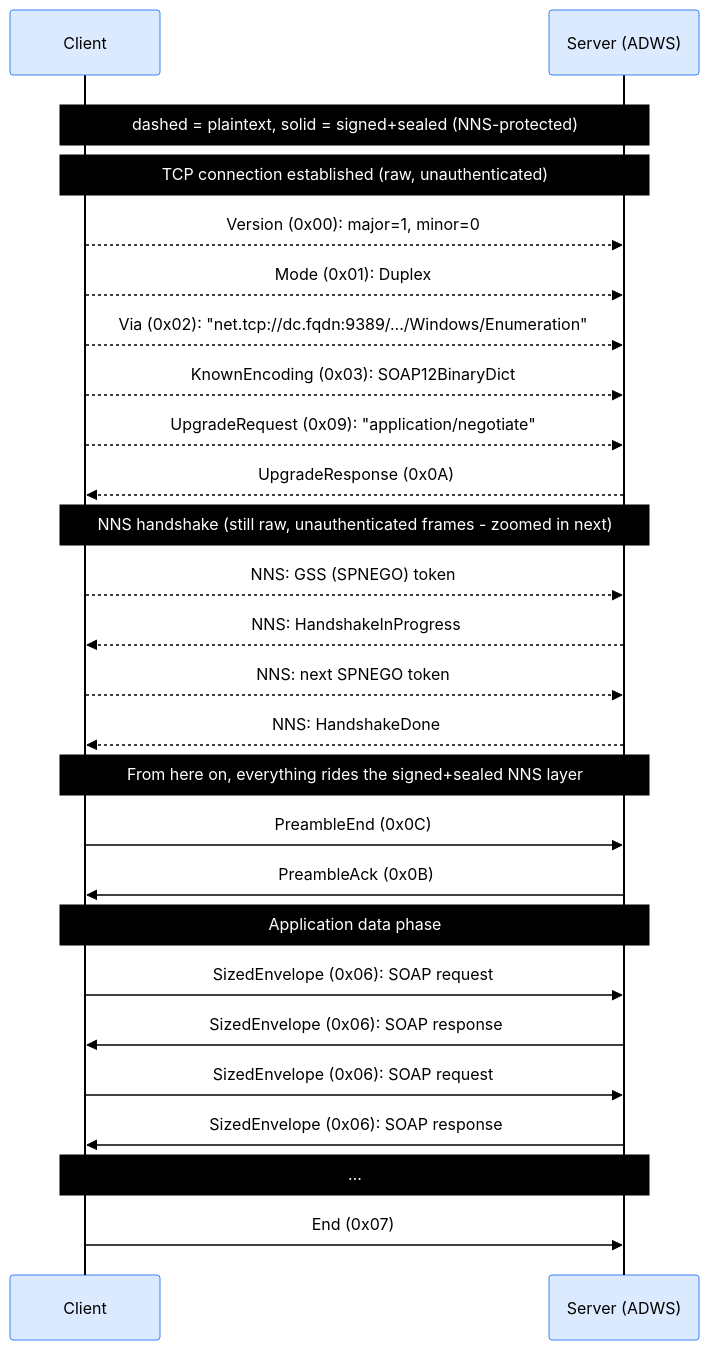
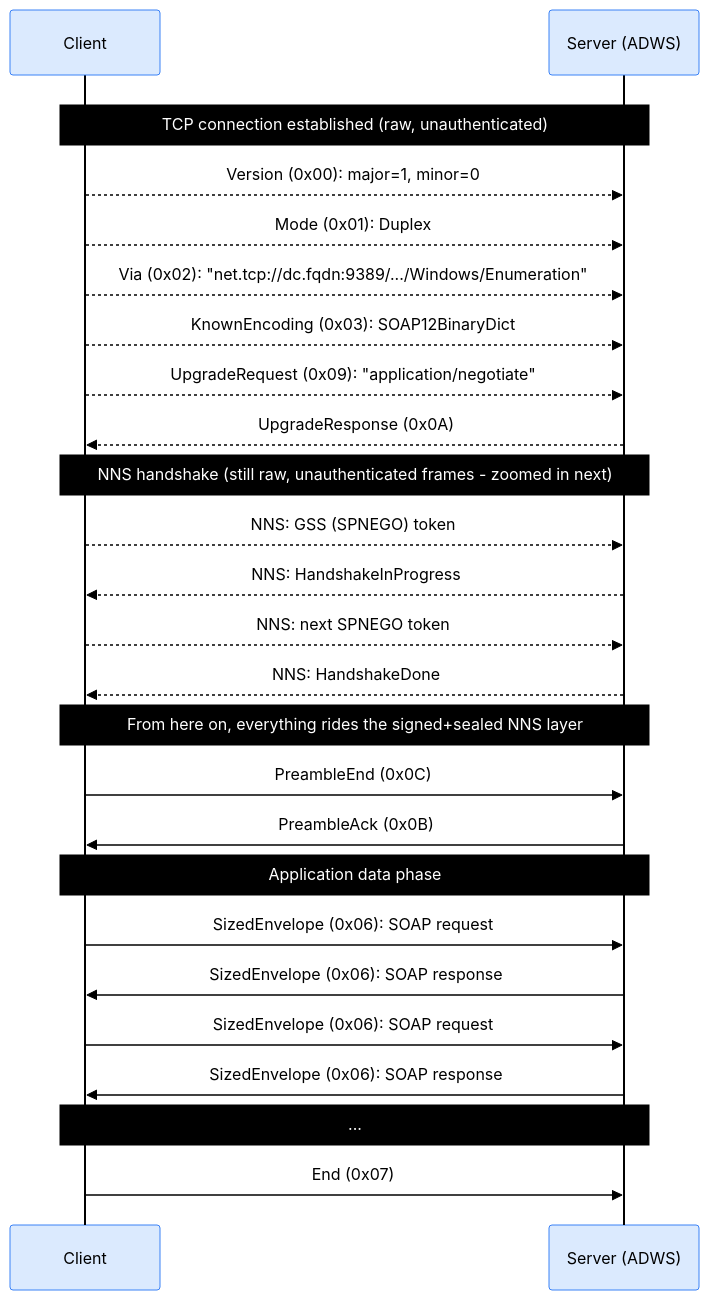
Before and after one commit to Macmod/ginpacket-wiki: the third of 4 diagrams in articles/adws-the-soap-bridge.md, drawn with Mermaid. The commit also changed other lines of this file, not shown here.

````diff
--- a/articles/adws-the-soap-bridge.md
+++ b/articles/adws-the-soap-bridge.md
@@ -480,49 +480,48 @@
 ```mermaid
 %%{init: {'theme': 'base', 'themeVariables': {
   'actorBkg': '#dbeafe',
   'actorBorder': '#3b82f6',
   'actorTextColor': '#000000',
   'actorLineColor': '#000000',
   'signalColor': '#000000',
   'signalTextColor': '#000000',
   'labelBoxBkgColor': '#dbeafe',
   'labelBoxBorderColor': '#3b82f6',
   'labelTextColor': '#000000',
   'loopTextColor': '#000000',
   'noteBkgColor': '#000000',
   'noteBorderColor': '#000000',
   'noteTextColor': '#ffffff'
 }}}%%
 sequenceDiagram
     participant C as Client
     participant S as Server (ADWS)
 
     rect rgb(255, 255, 255)
-    Note over C,S: dashed = plaintext, solid = signed+sealed (NNS-protected)
     Note over C,S: TCP connection established (raw, unauthenticated)
     C-->>S: Version (0x00): major=1, minor=0
     C-->>S: Mode (0x01): Duplex
     C-->>S: Via (0x02): "net.tcp://dc.fqdn:9389/.../Windows/Enumeration"
     C-->>S: KnownEncoding (0x03): SOAP12BinaryDict
     C-->>S: UpgradeRequest (0x09): "application/negotiate"
     S-->>C: UpgradeResponse (0x0A)
 
     Note over C,S: NNS handshake (still raw, unauthenticated frames - zoomed in next)
     C-->>S: NNS: GSS (SPNEGO) token
     S-->>C: NNS: HandshakeInProgress
     C-->>S: NNS: next SPNEGO token
     S-->>C: NNS: HandshakeDone
 
     Note over C,S: From here on, everything rides the signed+sealed NNS layer
     C->>S: PreambleEnd (0x0C)
     S->>C: PreambleAck (0x0B)
 
     Note over C,S: Application data phase
     C->>S: SizedEnvelope (0x06): SOAP request
     S->>C: SizedEnvelope (0x06): SOAP response
     C->>S: SizedEnvelope (0x06): SOAP request
     S->>C: SizedEnvelope (0x06): SOAP response
     Note over C,S: ...
     C->>S: End (0x07)
     end
 ```
````
